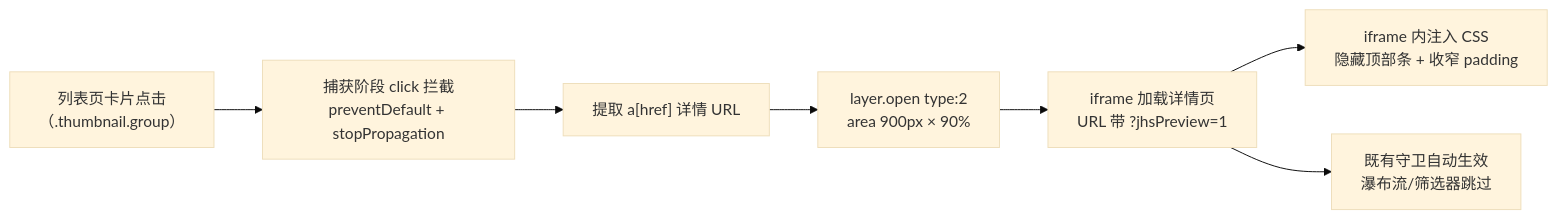
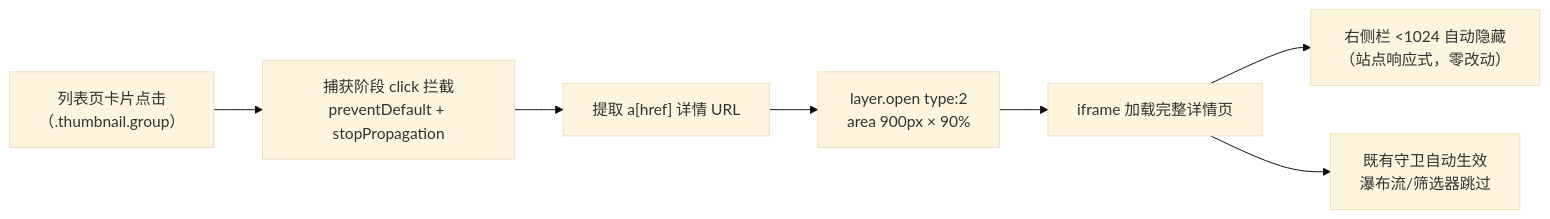
One commit to zerobiubiu/monkey-jhs-disassemble changed the diagram in doc/228-missav-video-preview-plan.md. Above: the diagram before and after it, drawn with Mermaid (base theme). The commit also changed other lines of this file, not shown here.

````diff
--- a/doc/228-missav-video-preview-plan.md
+++ b/doc/228-missav-video-preview-plan.md
@@ -56,9 +55,9 @@
 ```mermaid
 flowchart LR
     C["列表页卡片点击<br/>（.thumbnail.group）"] --> I["捕获阶段 click 拦截<br/>preventDefault + stopPropagation"]
     I --> U["提取 a[href] 详情 URL"]
     U --> L["layer.open type:2<br/>area 900px × 90%"]
-    L --> F["iframe 加载详情页<br/>URL 带 ?jhsPreview=1"]
-    F --> H["iframe 内注入 CSS<br/>隐藏顶部条 + 收窄 padding"]
-    F --> G["既有守卫自动生效<br/>瀑布流/筛选器跳过"]
+    L --> F["iframe 加载完整详情页"]
+    F --> G["右侧栏 <1024 自动隐藏<br/>（站点响应式，零改动）"]
+    F --> S["既有守卫自动生效<br/>瀑布流/筛选器跳过"]
 ```
````
